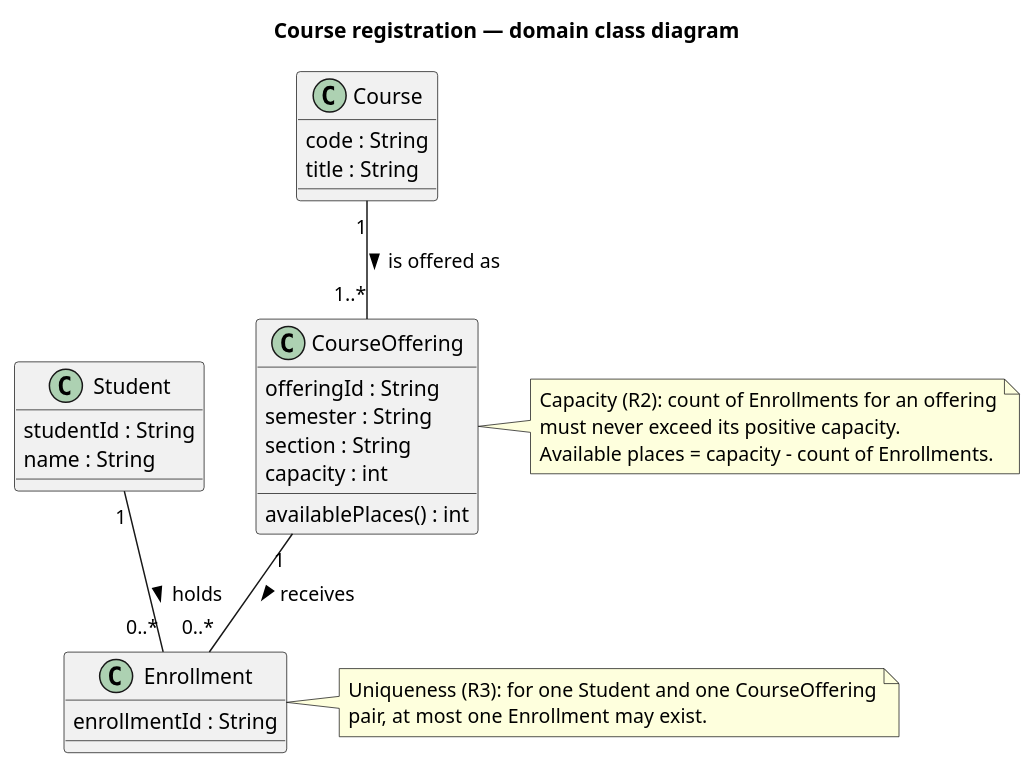
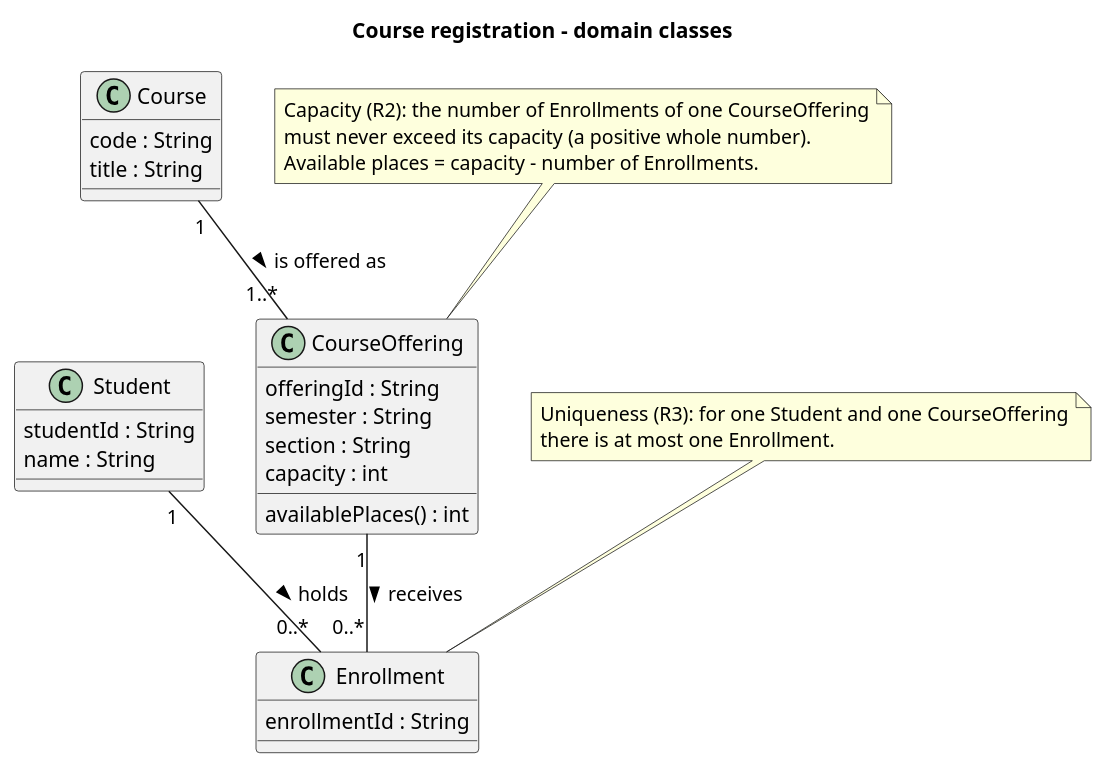
Before and after one commit to Arseen04/se-practice: the diagram in sis-02/models/classes.puml, drawn with PlantUML. The commit also changed 1 other file, not shown here.

Commit message:
sis-02: update final UML diagrams

```diff
--- a/sis-02/models/classes.puml
+++ b/sis-02/models/classes.puml
@@ -1,34 +1,35 @@
 @startuml
-title Course registration — domain class diagram
+title Course registration - domain classes
+
 class Student {
   studentId : String
   name : String
 }
+
 class Course {
   code : String
   title : String
 }
+
 class CourseOffering {
   offeringId : String
   semester : String
   section : String
   capacity : int
   availablePlaces() : int
 }
+
 class Enrollment {
   enrollmentId : String
 }
+
 Student "1" -- "0..*" Enrollment : holds >
 CourseOffering "1" -- "0..*" Enrollment : receives >
 Course "1" -- "1..*" CourseOffering : is offered as >
 
-note right of CourseOffering
-  Capacity (R2): count of Enrollments for an offering
-  must never exceed its positive capacity.
-  Available places = capacity - count of Enrollments.
-end note
-note right of Enrollment
-  Uniqueness (R3): for one Student and one CourseOffering
-  pair, at most one Enrollment may exist.
-end note
+note "Capacity (R2): the number of Enrollments of one CourseOffering\nmust never exceed its capacity (a positive whole number).\nAvailable places = capacity - number of Enrollments." as N1
+N1 .. CourseOffering
+
+note "Uniqueness (R3): for one Student and one CourseOffering\nthere is at most one Enrollment." as N2
+N2 .. Enrollment
 @enduml
```
